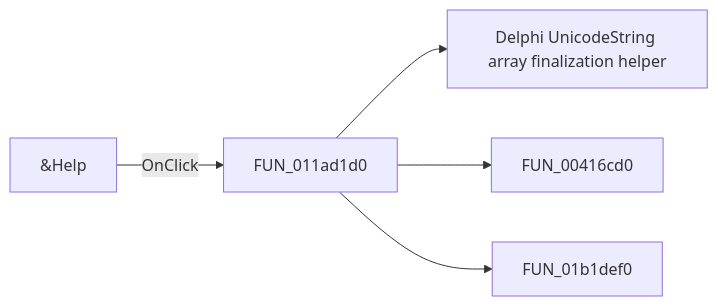
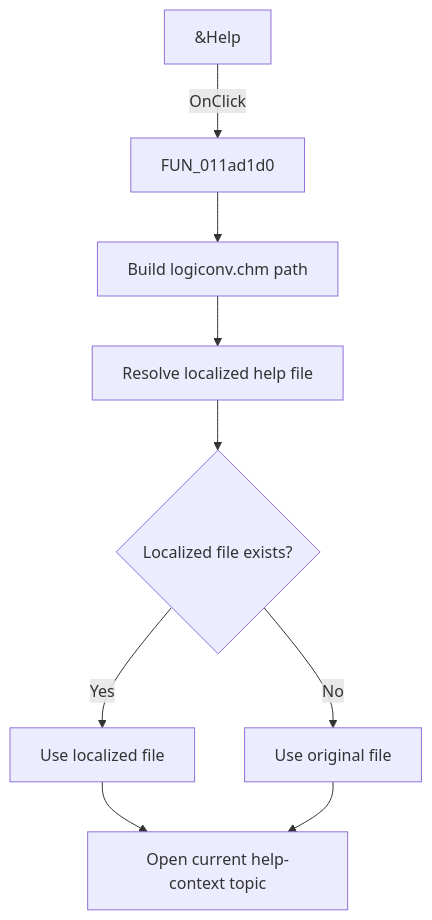
One commit to MovGP0/TIARA changed the diagram in docs/ui-controls/tables-form/btnhelp-b203d7cd3e.md. Above: the diagram before and after it, drawn with Mermaid. The commit also changed other lines of this file and 387 other files, not shown here.

````diff
--- a/docs/ui-controls/tables-form/btnhelp-b203d7cd3e.md
+++ b/docs/ui-controls/tables-form/btnhelp-b203d7cd3e.md
@@ -27,7 +27,11 @@
 ```mermaid
-flowchart LR
+flowchart TD
     control["&Help"] -->|OnClick| handler["FUN_011ad1d0"]
-    handler --> call1["Delphi UnicodeString array finalization helper"]
-    handler --> call2["FUN_00416cd0"]
-    handler --> call3["FUN_01b1def0"]
+    handler --> path["Build logiconv.chm path"]
+    path --> resolver["Resolve localized help file"]
+    resolver --> available{"Localized file exists?"}
+    available -->|Yes| localized["Use localized file"]
+    available -->|No| original["Use original file"]
+    localized --> dispatch["Open current help-context topic"]
+    original --> dispatch
 ```
````
